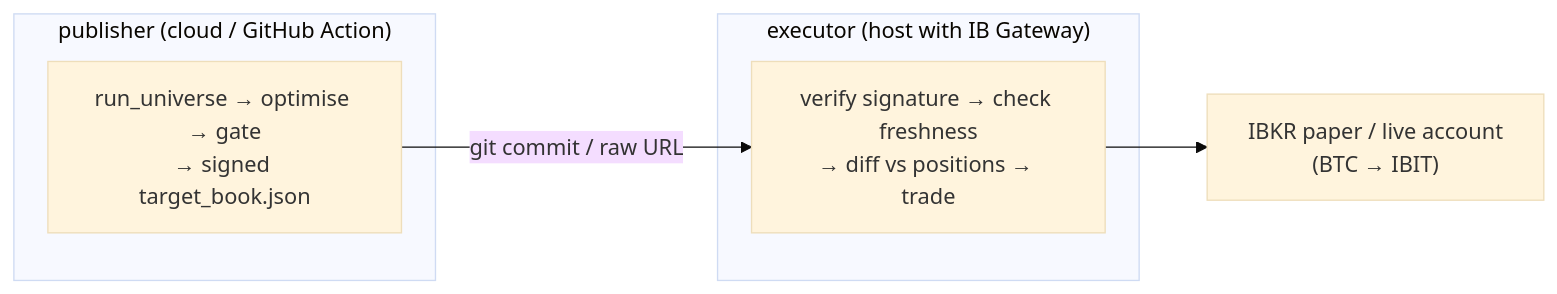
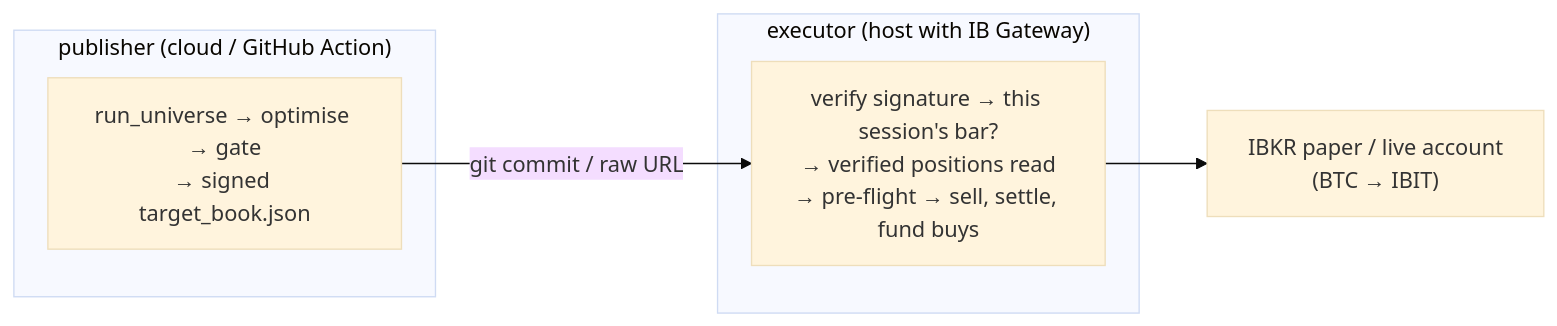
One commit to yoursprerit/btc-range-model changed the third of 3 diagrams in README.md. Above: the diagram before and after it, drawn with Mermaid (base theme). The commit also changed other lines of this file and 11 other files, not shown here.

````diff
--- a/README.md
+++ b/README.md
@@ -362,11 +362,11 @@
 ```mermaid
 flowchart LR
     subgraph Cloud["publisher (cloud / GitHub Action)"]
         PB["run_universe → optimise → gate<br/>→ signed target_book.json"]
     end
     subgraph Host["executor (host with IB Gateway)"]
-        EX["verify signature → check freshness<br/>→ diff vs positions → trade"]
+        EX["verify signature → this session's bar?<br/>→ verified positions read<br/>→ pre-flight → sell, settle, fund buys"]
     end
     PB -- "git commit / raw URL" --> EX
     EX --> IB["IBKR paper / live account<br/>(BTC → IBIT)"]
 ```
````
